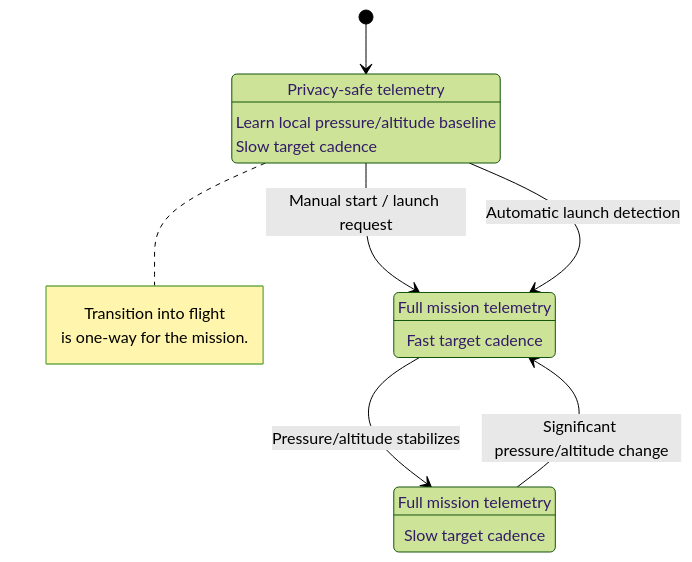
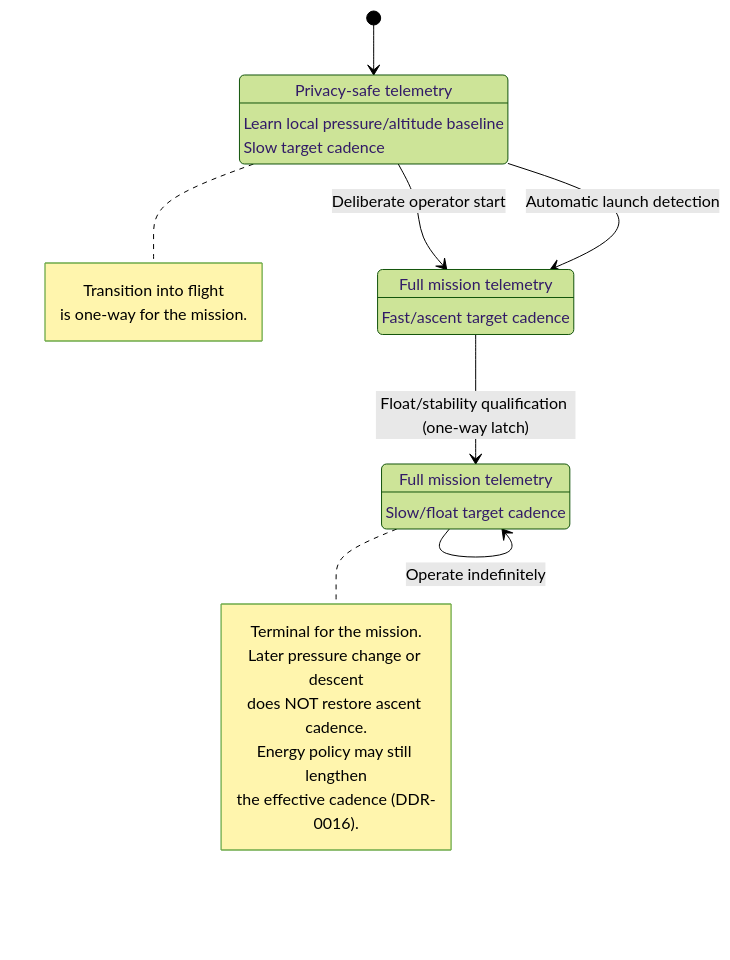
Before and after one commit to stratosonde/firmware: the first of 2 diagrams in docs/decisions/0002-mission-lifecycle-privacy-adaptive-cadence.md, drawn with Mermaid (forest theme). The commit also changed other lines of this file and 32 other files, not shown here.

````diff
--- a/docs/decisions/0002-mission-lifecycle-privacy-adaptive-cadence.md
+++ b/docs/decisions/0002-mission-lifecycle-privacy-adaptive-cadence.md
@@ -218,24 +234,32 @@
 ```mermaid
 stateDiagram-v2
     [*] --> Commissioning
 
     Commissioning: Privacy-safe telemetry
     Commissioning: Learn local pressure/altitude baseline
     Commissioning: Slow target cadence
 
-    Commissioning --> FlightFast: Manual start / launch request
-    Commissioning --> FlightFast: Automatic launch detection
+    Commissioning --> Ascent: Deliberate operator start
+    Commissioning --> Ascent: Automatic launch detection
 
-    FlightFast: Full mission telemetry
-    FlightFast: Fast target cadence
-    FlightSlow: Full mission telemetry
-    FlightSlow: Slow target cadence
+    Ascent: Full mission telemetry
+    Ascent: Fast/ascent target cadence
+    Float: Full mission telemetry
+    Float: Slow/float target cadence
 
-    FlightFast --> FlightSlow: Pressure/altitude stabilizes
-    FlightSlow --> FlightFast: Significant pressure/altitude change
+    Ascent --> Float: Float/stability qualification (one-way latch)
+    Float --> Float: Operate indefinitely
 
     note right of Commissioning
       Transition into flight
       is one-way for the mission.
     end note
+
+    note right of Float
+      Terminal for the mission.
+      Later pressure change or descent
+      does NOT restore ascent cadence.
+      Energy policy may still lengthen
+      the effective cadence (DDR-0016).
+    end note
 ```
````
